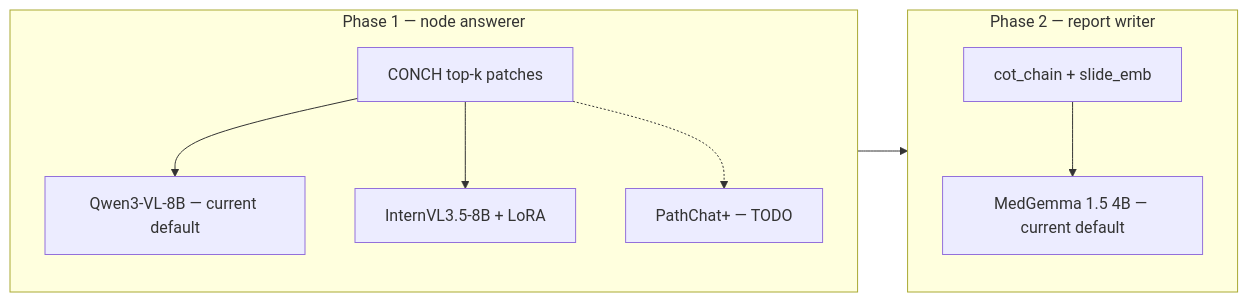
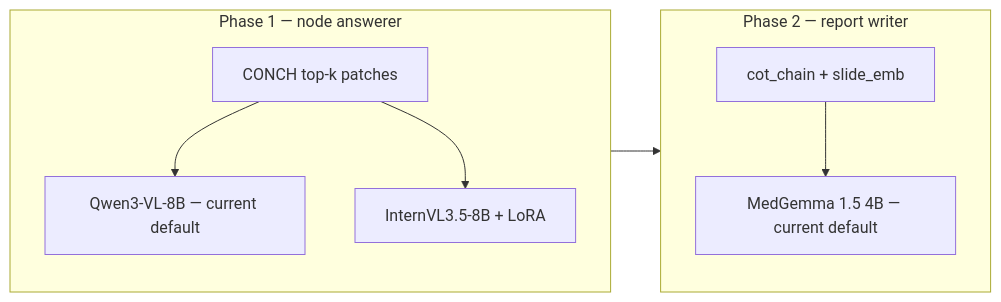
One commit to dominikg-tum/mlmi_reg2_pathology_report_gen changed the second of 2 diagrams in docs/PROJECT_OVERVIEW.md. Above: the diagram before and after it, drawn with Mermaid. The commit also changed other lines of this file and 2 other files, not shown here.

First line of the commit message:
docs: drop PathChat+ deployment plans (weights not public).

````diff
--- a/docs/PROJECT_OVERVIEW.md
+++ b/docs/PROJECT_OVERVIEW.md
@@ -188,18 +186,16 @@
 ```mermaid
 flowchart LR
     subgraph p1 [Phase 1 — node answerer]
         P[CONCH top-k patches]
         Q[Qwen3-VL-8B — current default]
         I[InternVL3.5-8B + LoRA]
-        PC[PathChat+ — TODO]
         P --> Q
         P --> I
-        P -.-> PC
     end
     subgraph p2 [Phase 2 — report writer]
         C[cot_chain + slide_emb]
         M[MedGemma 1.5 4B — current default]
         C --> M
     end
     p1 --> p2
 ```
````
